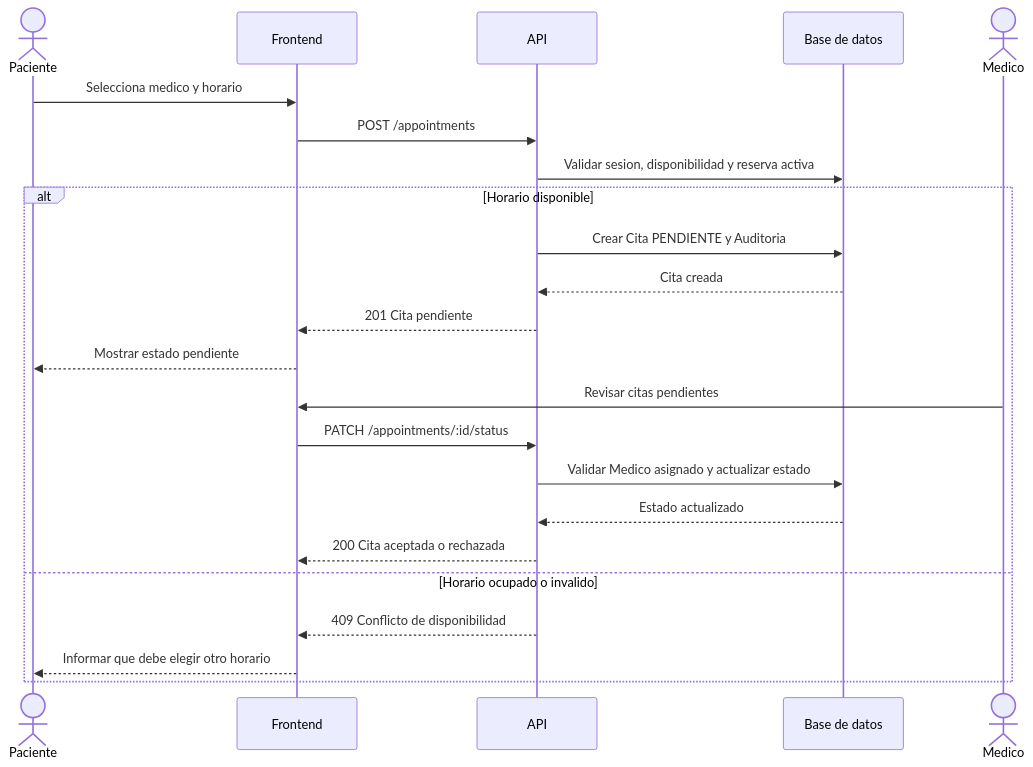
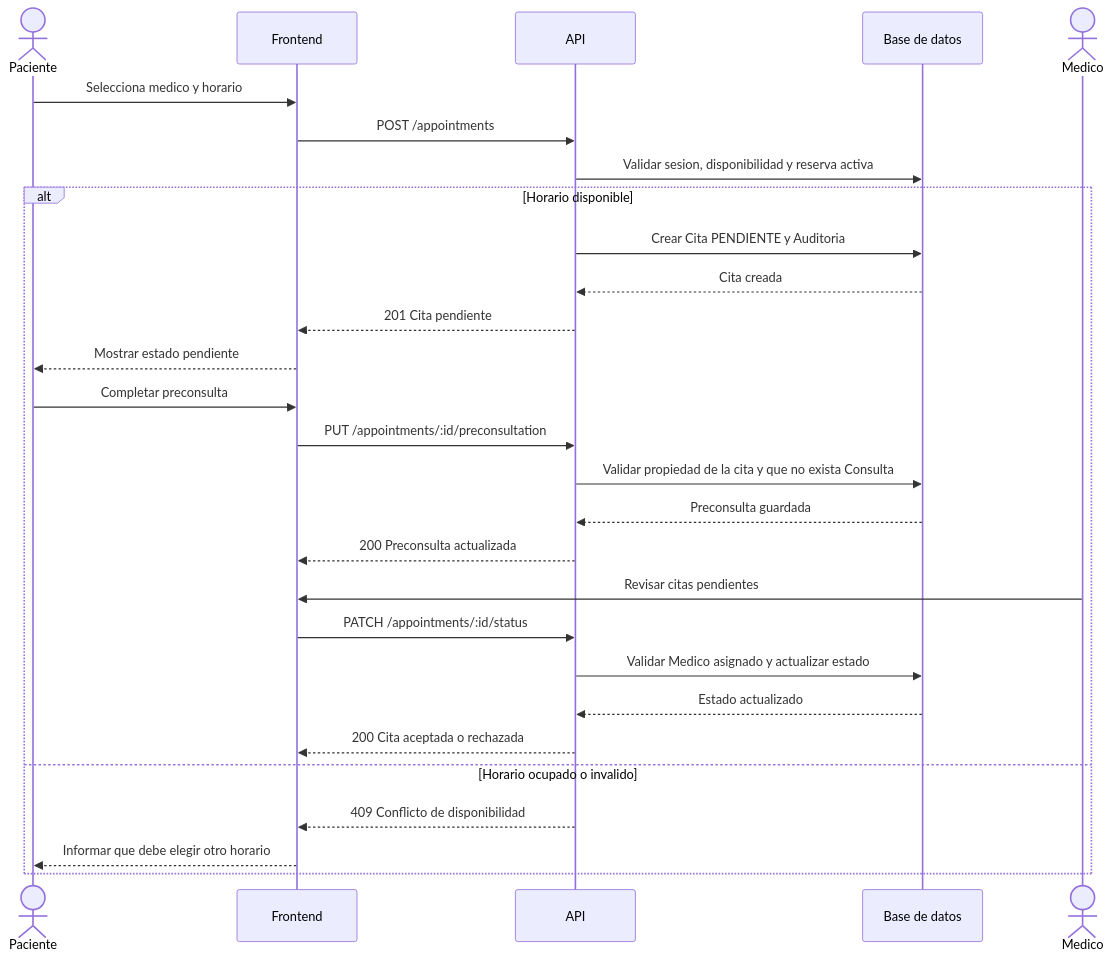
The first of 2 diagrams in docs/02-diseno/005-diagramas-secuencia.md (ivaaa546/clinica-inteligente), drawn with Mermaid before and after one commit. The commit also changed other lines of this file and 11 other files, not shown here.

````diff
--- a/docs/02-diseno/005-diagramas-secuencia.md
+++ b/docs/02-diseno/005-diagramas-secuencia.md
@@ -6,26 +6,31 @@
 ```mermaid
 sequenceDiagram
     actor Paciente
     participant UI as Frontend
     participant API as API
     participant DB as Base de datos
     actor Medico
 
     Paciente->>UI: Selecciona medico y horario
     UI->>API: POST /appointments
     API->>DB: Validar sesion, disponibilidad y reserva activa
     alt Horario disponible
         API->>DB: Crear Cita PENDIENTE y Auditoria
         DB-->>API: Cita creada
         API-->>UI: 201 Cita pendiente
         UI-->>Paciente: Mostrar estado pendiente
+        Paciente->>UI: Completar preconsulta
+        UI->>API: PUT /appointments/:id/preconsultation
+        API->>DB: Validar propiedad de la cita y que no exista Consulta
+        DB-->>API: Preconsulta guardada
+        API-->>UI: 200 Preconsulta actualizada
         Medico->>UI: Revisar citas pendientes
         UI->>API: PATCH /appointments/:id/status
         API->>DB: Validar Medico asignado y actualizar estado
         DB-->>API: Estado actualizado
         API-->>UI: 200 Cita aceptada o rechazada
     else Horario ocupado o invalido
         API-->>UI: 409 Conflicto de disponibilidad
         UI-->>Paciente: Informar que debe elegir otro horario
     end
 ```
````
